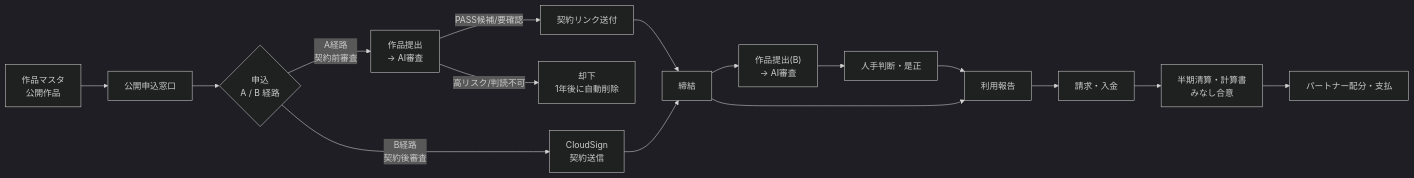
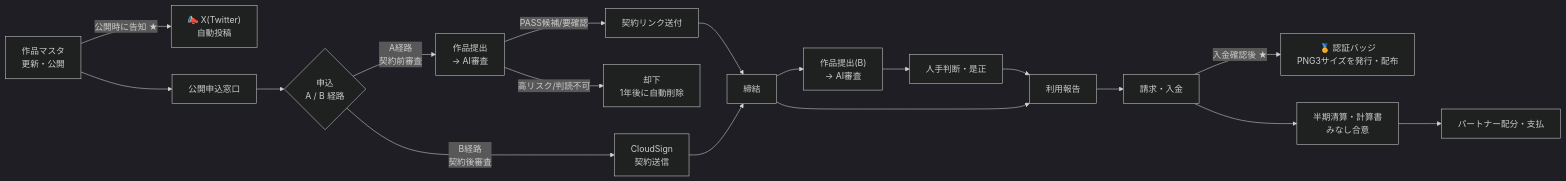
Before and after one commit to tatsuyakuramchi/SPLL: the first of 8 diagrams in docs/SPLL_業務フロー確認資料_v0.1.md, drawn with Mermaid (dark theme). The commit also changed other lines of this file and 6 other files, not shown here.

````diff
--- a/docs/SPLL_業務フロー確認資料_v0.1.md
+++ b/docs/SPLL_業務フロー確認資料_v0.1.md
@@ -45,18 +45,20 @@
 ```mermaid
 flowchart LR
-  M["作品マスタ<br/>公開作品"] --> W["公開申込窓口"]
+  M["作品マスタ<br/>更新・公開"] -->|"公開時に告知 ★"| X["📣 X(Twitter)<br/>自動投稿"]
+  M --> W["公開申込窓口"]
   W --> AP{"申込<br/>A / B 経路"}
   AP -->|"A経路<br/>契約前審査"| PRE["作品提出<br/>→ AI審査"]
   AP -->|"B経路<br/>契約後審査"| SEND["CloudSign<br/>契約送信"]
   PRE -->|"PASS候補/要確認"| LINK["契約リンク送付"]
   PRE -->|"高リスク/判読不可"| REJ["却下<br/>1年後に自動削除"]
   LINK --> SIGN["締結"]
   SEND --> SIGN
   SIGN --> SUB["作品提出(B)<br/>→ AI審査"]
   SUB --> HUMAN["人手判断・是正"]
   SIGN --> REP["利用報告"]
   HUMAN --> REP
   REP --> INV["請求・入金"]
+  INV -->|"入金確認後 ★"| BADGE["🏅 認証バッジ<br/>PNG3サイズを発行・配布"]
   INV --> STL["半期清算・計算書<br/>みなし合意"]
   STL --> PAY["パートナー配分・支払"]
 ```
````
